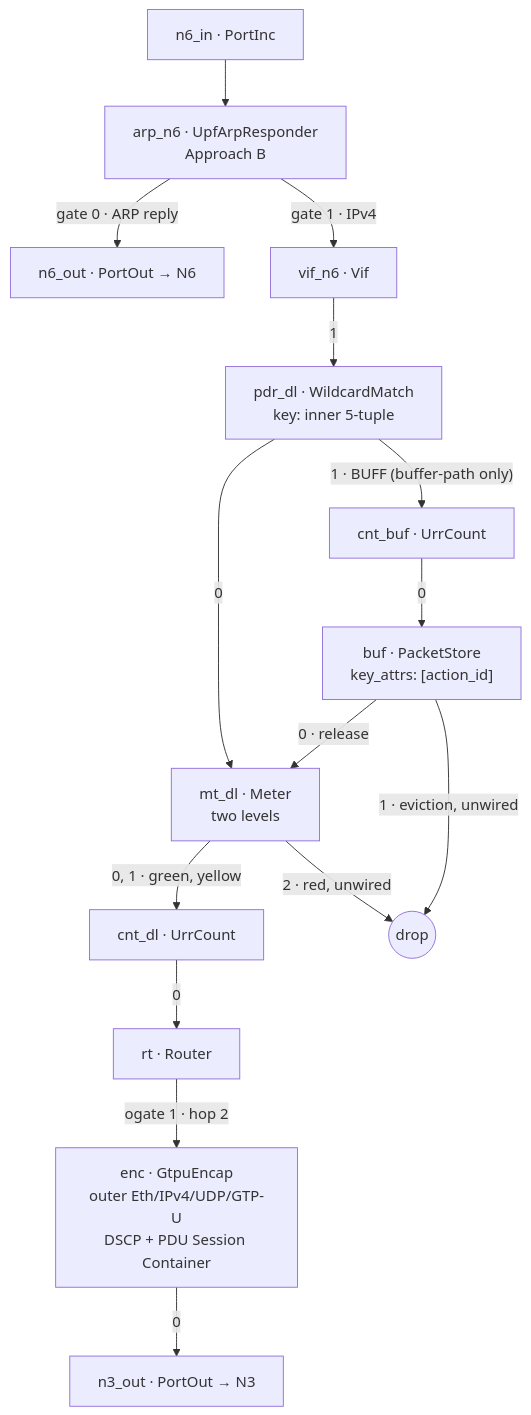
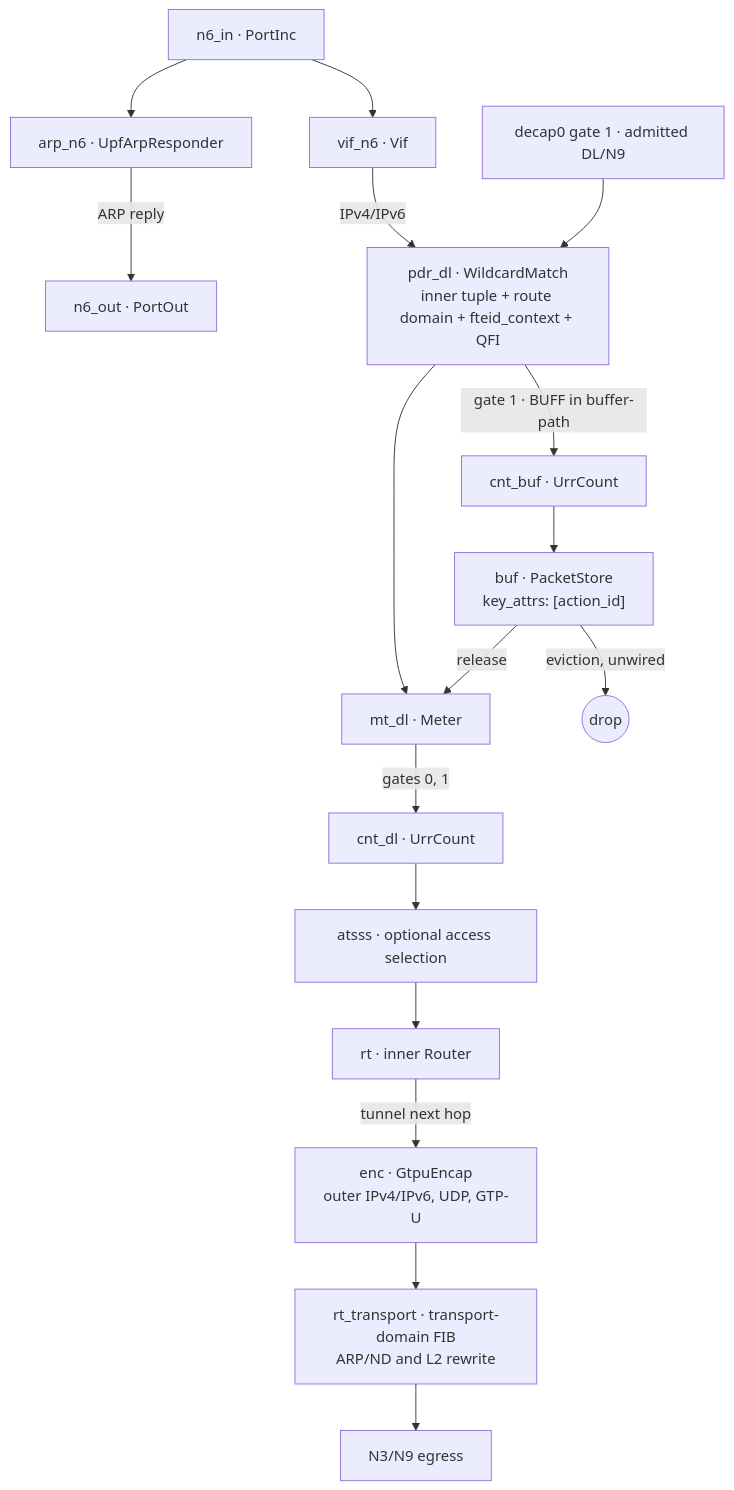
One commit to krsna1729/upf changed the second of 3 diagrams in docs/datapath.md. Above: the diagram before and after it, drawn with Mermaid. The commit also changed other lines of this file and 11 other files, not shown here.

````diff
--- a/docs/datapath.md
+++ b/docs/datapath.md
@@ -53,17 +62,19 @@
 ```mermaid
 flowchart TB
-    n6in["n6_in · PortInc"] --> arp["arp_n6 · UpfArpResponder<br/>Approach B"]
-    arp -->|"gate 0 · ARP reply"| n6out["n6_out · PortOut → N6"]
-    arp -->|"gate 1 · IPv4"| vif["vif_n6 · Vif"]
-    vif -->|1| pdr["pdr_dl · WildcardMatch<br/>key: inner 5-tuple"]
-    pdr -->|0| meter["mt_dl · Meter<br/>two levels"]
-    pdr -->|"1 · BUFF (buffer-path only)"| cb["cnt_buf · UrrCount"]
-    cb -->|0| buf["buf · PacketStore<br/>key_attrs: [action_id]"]
-    buf -->|"0 · release"| meter
-    buf -->|"1 · eviction, unwired"| drop(("drop"))
-    meter -->|"0, 1 · green, yellow"| cnt["cnt_dl · UrrCount"]
-    meter -->|"2 · red, unwired"| drop
-    cnt -->|0| rt["rt · Router"]
-    rt -->|"ogate 1 · hop 2"| enc["enc · GtpuEncap<br/>outer Eth/IPv4/UDP/GTP-U<br/>DSCP + PDU Session Container"]
-    enc -->|0| n3out["n3_out · PortOut → N3"]
+    n6in["n6_in · PortInc"] --> arp["arp_n6 · UpfArpResponder"]
+    arp -->|"ARP reply"| n6out["n6_out · PortOut"]
+    n6in --> vif["vif_n6 · Vif"]
+    vif -->|"IPv4/IPv6"| pdr["pdr_dl · WildcardMatch<br/>inner tuple + route domain + fteid_context + QFI"]
+    decap["decap0 gate 1 · admitted DL/N9"] --> pdr
+    pdr --> meter["mt_dl · Meter"]
+    pdr -->|"gate 1 · BUFF in buffer-path"| cb["cnt_buf · UrrCount"]
+    cb --> buf["buf · PacketStore<br/>key_attrs: [action_id]"]
+    buf -->|"release"| meter
+    buf -->|"eviction, unwired"| drop(("drop"))
+    meter -->|"gates 0, 1"| cnt["cnt_dl · UrrCount"]
+    cnt --> steer["atsss · optional access selection"]
+    steer --> rt["rt · inner Router"]
+    rt -->|"tunnel next hop"| enc["enc · GtpuEncap<br/>outer IPv4/IPv6, UDP, GTP-U"]
+    enc --> transport["rt_transport · transport-domain FIB<br/>ARP/ND and L2 rewrite"]
+    transport --> n3out["N3/N9 egress"]
 ```
````
